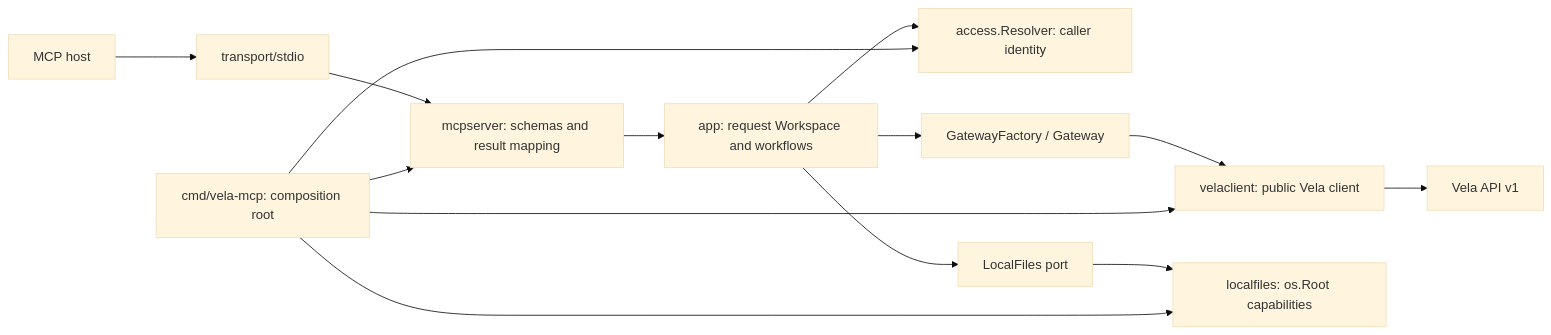
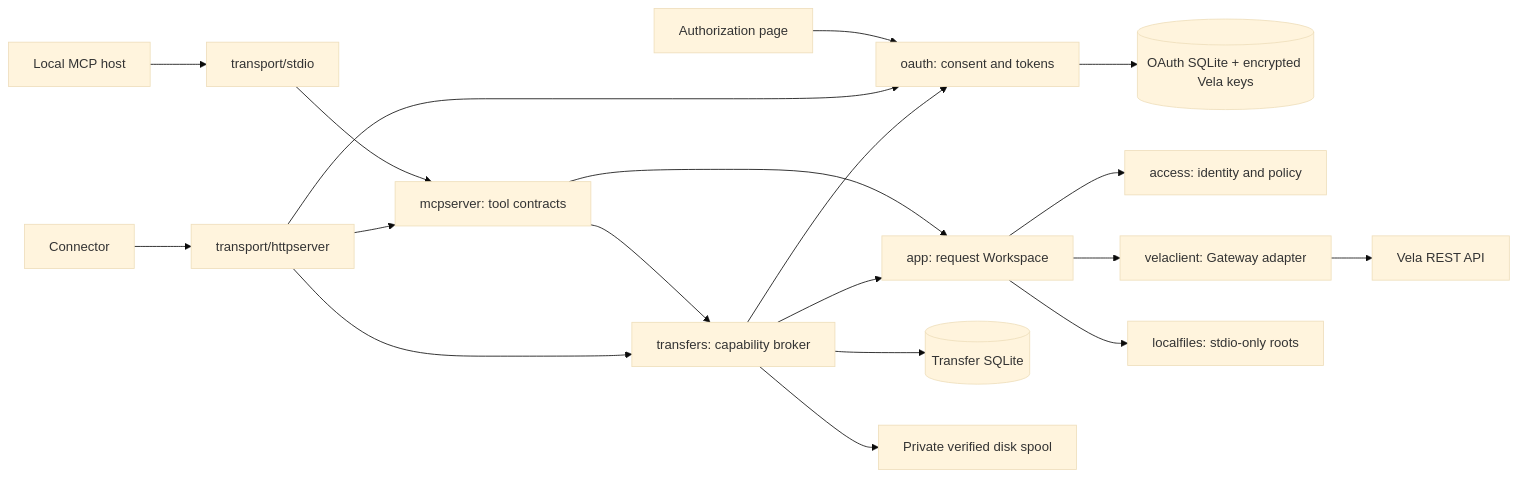
Before and after one commit to x-chunk/vela-mcp: the diagram in docs/architecture.md, drawn with Mermaid (base theme). The commit also changed other lines of this file and 4 other files, not shown here.

Commit message:
docs: document connector deployment OAuth and binary file workflows

````diff
--- a/docs/architecture.md
+++ b/docs/architecture.md
@@ -3,16 +5,21 @@
 ```mermaid
 flowchart LR
-    Host[MCP host] --> Stdio[transport/stdio]
-    Stdio --> MCP[mcpserver: schemas and result mapping]
-    MCP --> App[app: request Workspace and workflows]
-    App --> Access[access.Resolver: caller identity]
-    App --> Port[GatewayFactory / Gateway]
-    Port --> REST[velaclient: public Vela client]
-    REST --> Vela[Vela API v1]
-    App --> Files[LocalFiles port]
-    Files --> Roots[localfiles: os.Root capabilities]
-    Main[cmd/vela-mcp: composition root] --> MCP
-    Main --> Access
-    Main --> REST
-    Main --> Roots
+    Local[Local MCP host] --> Stdio[transport/stdio]
+    Remote[Connector] --> HTTP[transport/httpserver]
+    Browser[Authorization page] --> OAuth[oauth: consent and tokens]
+    HTTP --> OAuth
+    OAuth --> SQLite[(OAuth SQLite + encrypted Vela keys)]
+    Stdio --> MCP[mcpserver: tool contracts]
+    HTTP --> MCP
+    MCP --> App[app: request Workspace]
+    App --> Access[access: identity and policy]
+    App --> REST[velaclient: Gateway adapter]
+    REST --> Vela[Vela REST API]
+    MCP --> Transfer[transfers: capability broker]
+    HTTP --> Transfer
+    Transfer --> App
+    Transfer --> OAuth
+    Transfer --> TransferDB[(Transfer SQLite)]
+    Transfer --> Spool[Private verified disk spool]
+    App --> Roots[localfiles: stdio-only roots]
 ```
````
